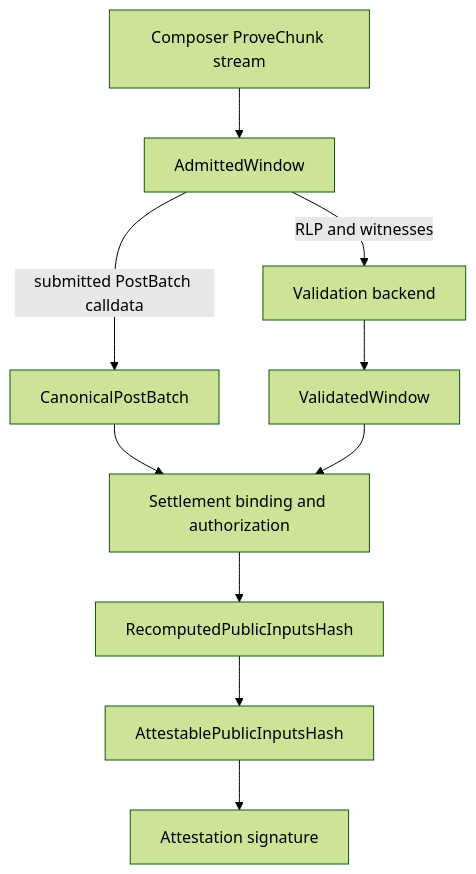
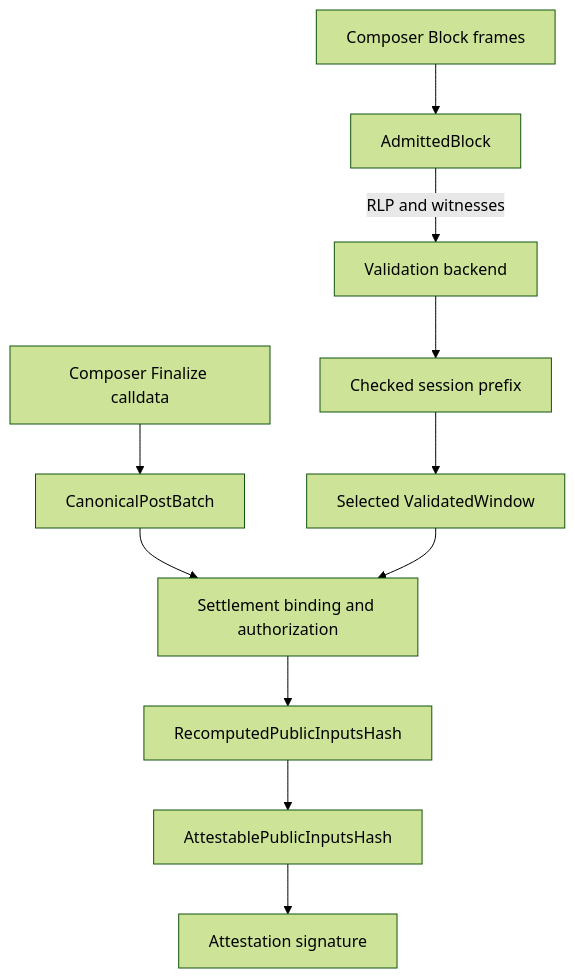
One commit to eez-association/eez-rollup0 changed the diagram in crates/eez-proof-signer/docs/data-provenance.md. Above: the diagram before and after it, drawn with Mermaid (forest theme). The commit also changed other lines of this file and 49 other files, not shown here.

````diff
--- a/crates/eez-proof-signer/docs/data-provenance.md
+++ b/crates/eez-proof-signer/docs/data-provenance.md
@@ -10,13 +10,14 @@
 ```mermaid
 flowchart TB
-    W[Composer ProveChunk stream] --> A[AdmittedWindow]
+    W[Composer Block frames] --> A[AdmittedBlock]
     A -->|RLP and witnesses| V[Validation backend]
-    V --> VW[ValidatedWindow]
+    V --> P[Checked session prefix]
+    P --> VW[Selected ValidatedWindow]
 
-    A -->|submitted PostBatch calldata| C[CanonicalPostBatch]
+    F[Composer Finalize calldata] --> C[CanonicalPostBatch]
     C --> B[Settlement binding and authorization]
     VW --> B
     B --> R[RecomputedPublicInputsHash]
     R --> H[AttestablePublicInputsHash]
     H --> S[Attestation signature]
 ```
````
